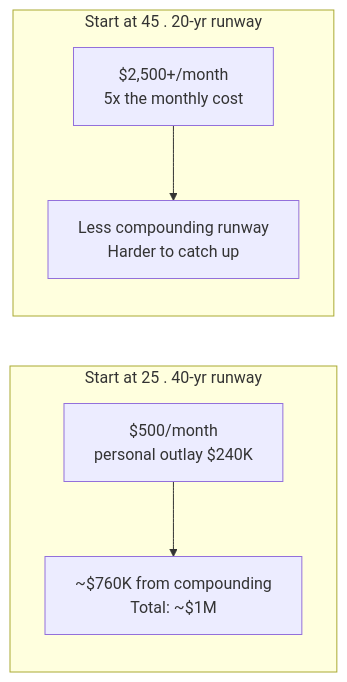
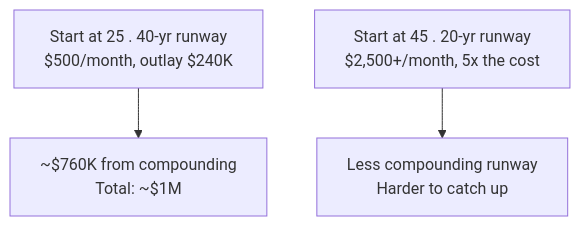
The diagram in docs/first-60-days/week-3/day-15.md (leotansingapore/aia-product-compass-hub), drawn with Mermaid before and after one commit. The commit also changed other lines of this file and 56 other files, not shown here.

Commit message:
Readability pass across first-60-days: styled HTML to tables/diagrams, cleaner formatting, no leaked metadata

````diff
--- a/docs/first-60-days/week-3/day-15.md
+++ b/docs/first-60-days/week-3/day-15.md
@@ -73,13 +62,5 @@
 ```mermaid
-flowchart LR
-    subgraph E["Start at 25 . 40-yr runway"]
-        E1["$500/month<br/>personal outlay $240K"]
-        E2["~$760K from compounding<br/>Total: ~$1M"]
-    end
-    subgraph L["Start at 45 . 20-yr runway"]
-        L1["$2,500+/month<br/>5x the monthly cost"]
-        L2["Less compounding runway<br/>Harder to catch up"]
-    end
-    E1 --> E2
-    L1 --> L2
+flowchart TD
+    E1["Start at 25 . 40-yr runway<br/>$500/month, outlay $240K"] --> E2["~$760K from compounding<br/>Total: ~$1M"]
+    L1["Start at 45 . 20-yr runway<br/>$2,500+/month, 5x the cost"] --> L2["Less compounding runway<br/>Harder to catch up"]
 ```
````
